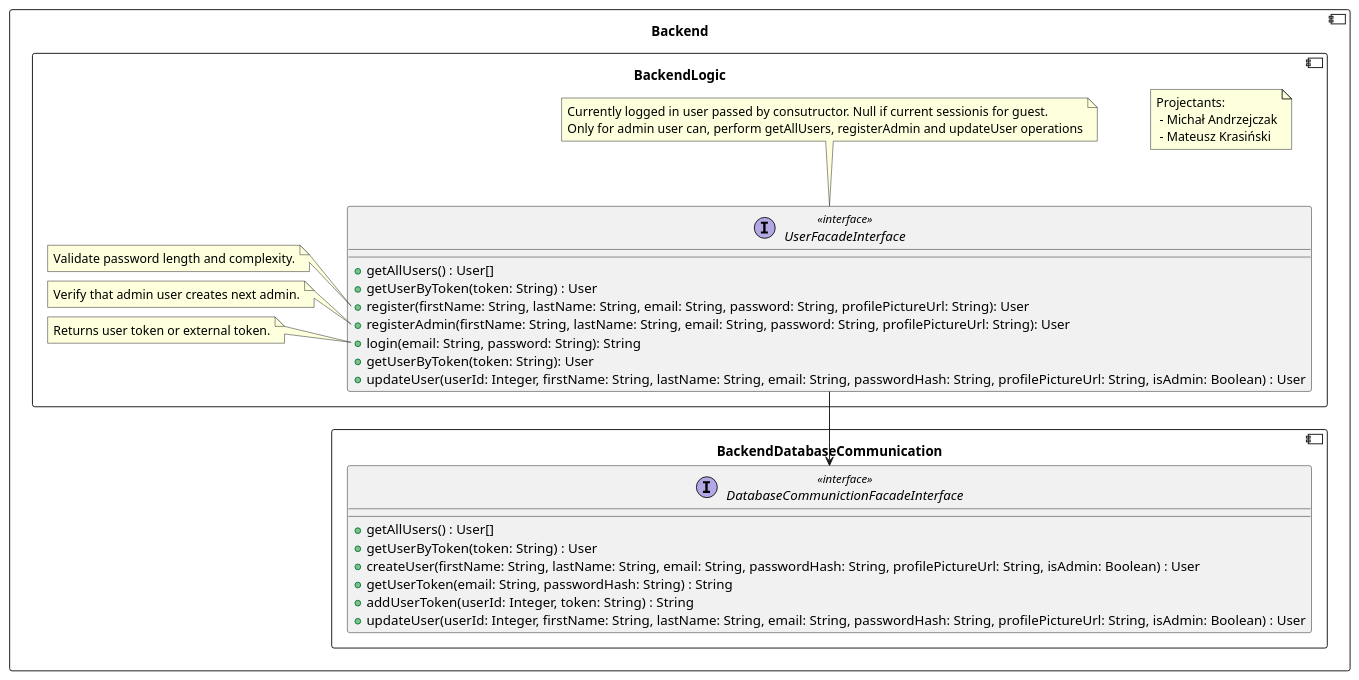
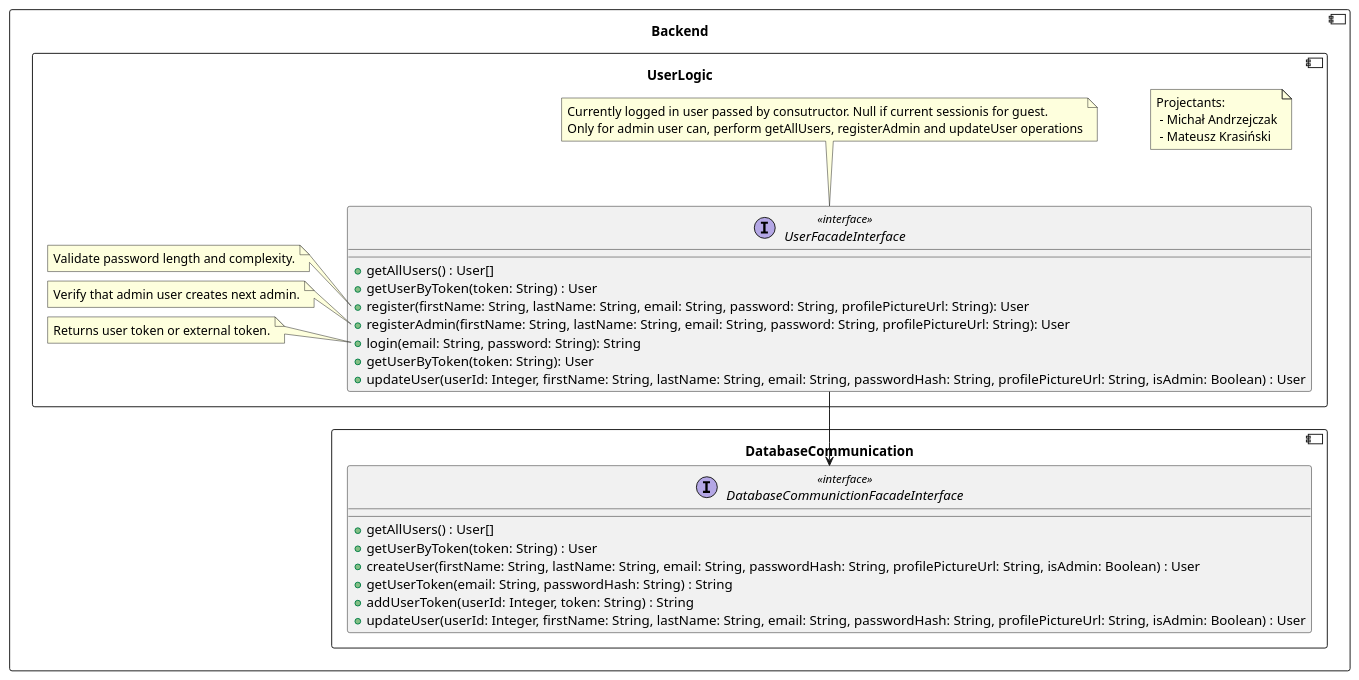
One commit to RadekBucki/OpinionCollectorArchitecture changed the second of 5 diagrams in backend/BackendLogic.md. Above: the diagram before and after it, drawn with PlantUML. The commit also changed other lines of this file and 8 other files, not shown here.

````diff
--- a/backend/BackendLogic.md
+++ b/backend/BackendLogic.md
@@ -27,52 +33,52 @@
 ```plantuml
 @startuml
 component Backend {
-    component BackendDatabaseCommunication {
+    component DatabaseCommunication {
         interface DatabaseCommunictionFacadeInterface <<interface>> {
             + getAllUsers() : User[]
             + getUserByToken(token: String) : User
             + createUser(firstName: String, lastName: String, email: String, passwordHash: String, profilePictureUrl: String, isAdmin: Boolean) : User
             + getUserToken(email: String, passwordHash: String) : String
             + addUserToken(userId: Integer, token: String) : String
             + updateUser(userId: Integer, firstName: String, lastName: String, email: String, passwordHash: String, profilePictureUrl: String, isAdmin: Boolean) : User
         }
     }
-    component BackendLogic {
+    component UserLogic {
         note as Authors
             Projectants: 
              - Michał Andrzejczak
              - Mateusz Krasiński
         endnote
         
         UserFacadeInterface --> DatabaseCommunictionFacadeInterface
         
         interface UserFacadeInterface <<interface>> {
             + getAllUsers() : User[]
             + getUserByToken(token: String) : User
             + register(firstName: String, lastName: String, email: String, password: String, profilePictureUrl: String): User
             + registerAdmin(firstName: String, lastName: String, email: String, password: String, profilePictureUrl: String): User
             + login(email: String, password: String): String
             + getUserByToken(token: String): User
             + updateUser(userId: Integer, firstName: String, lastName: String, email: String, passwordHash: String, profilePictureUrl: String, isAdmin: Boolean) : User
         }
     
         note top of UserFacadeInterface
             Currently logged in user passed by consutructor. Null if current sessionis for guest.
             Only for admin user can, perform getAllUsers, registerAdmin and updateUser operations
         endnote
     
         note left of UserFacadeInterface::register
             Validate password length and complexity.
         endnote
     
         note left of UserFacadeInterface::registerAdmin
             Verify that admin user creates next admin.
         endnote
     
         note left of UserFacadeInterface::login
             Returns user token or external token.
         endnote
     }
 }
 @enduml 
 ```
````
